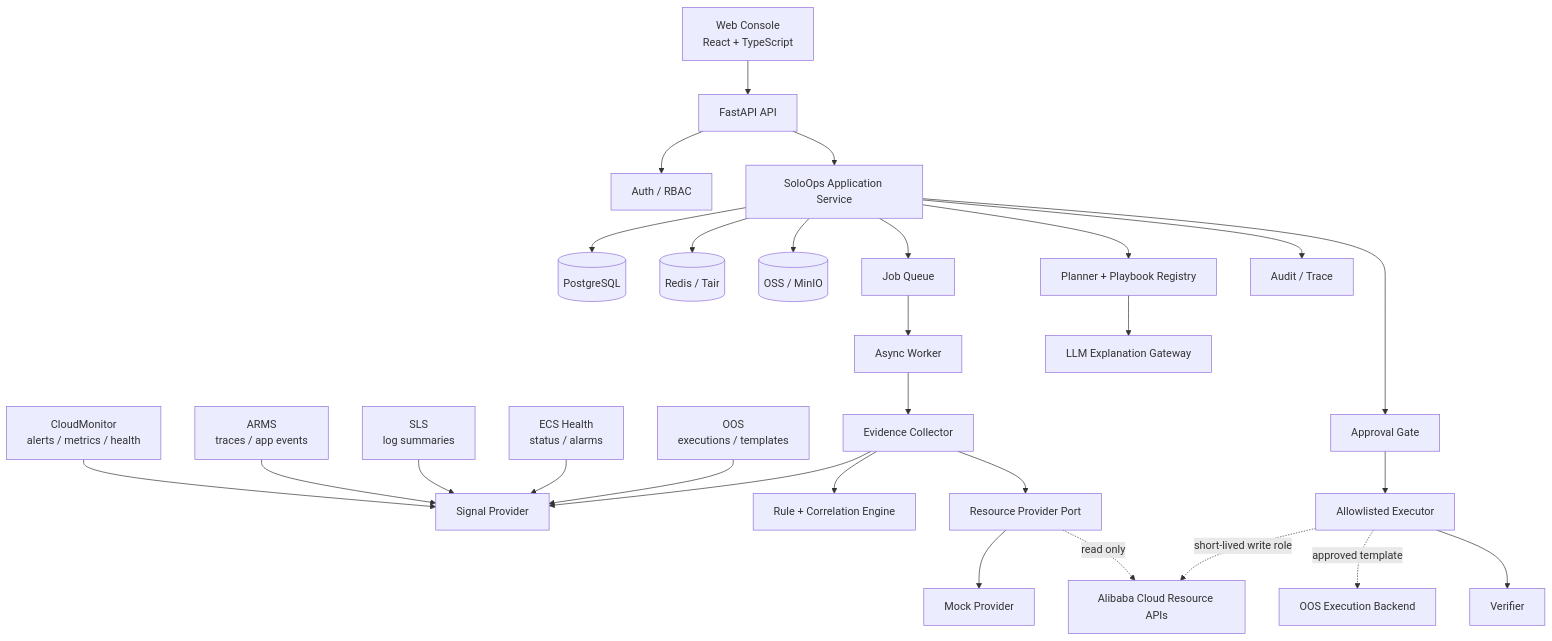
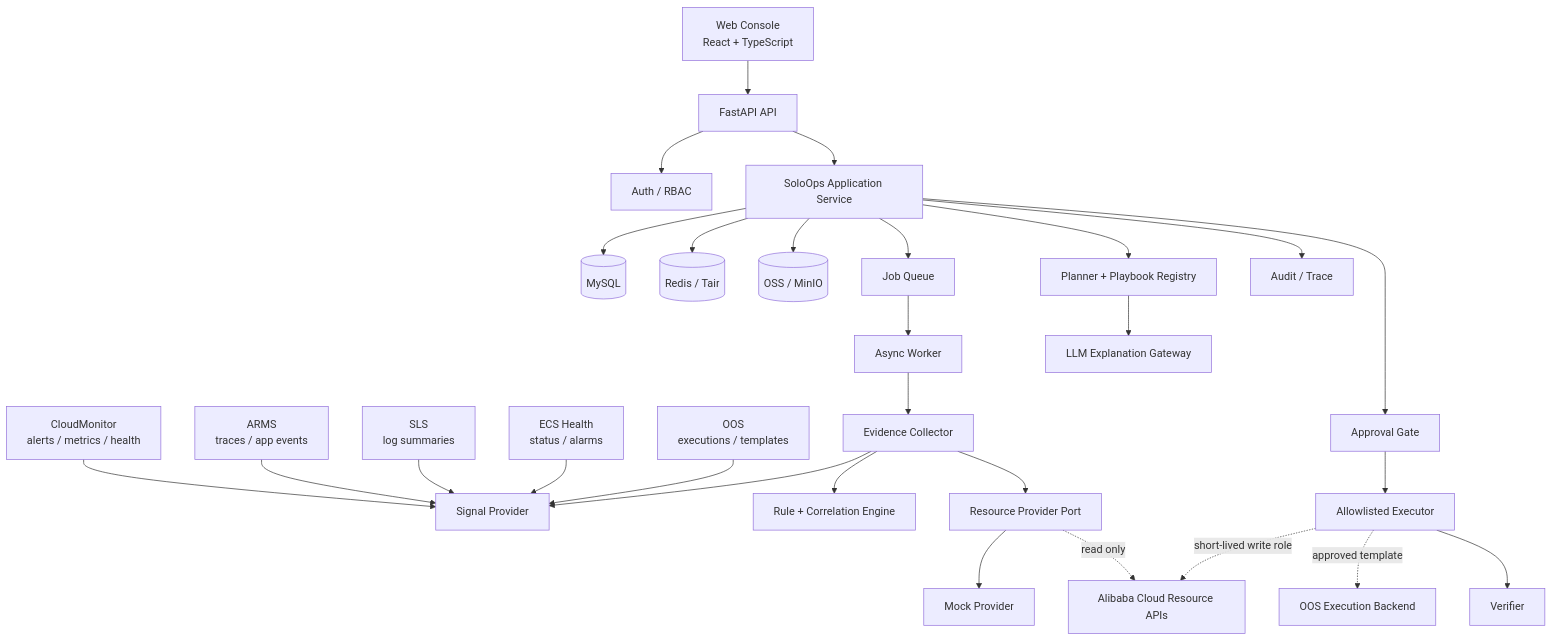
Before and after one commit to ChrisXiejq/SoloOps: the first of 4 diagrams in docs/02-architecture.md, drawn with Mermaid. The commit also changed other lines of this file and 22 other files, not shown here.

````diff
--- a/docs/02-architecture.md
+++ b/docs/02-architecture.md
@@ -14,30 +14,30 @@
 ```mermaid
 flowchart TB
   ACM["CloudMonitor\nalerts / metrics / health"] --> SIGNAL["Signal Provider"]
   ARMS["ARMS\ntraces / app events"] --> SIGNAL
   SLS["SLS\nlog summaries"] --> SIGNAL
   ECSH["ECS Health\nstatus / alarms"] --> SIGNAL
   OOSH["OOS\nexecutions / templates"] --> SIGNAL
   UI["Web Console\nReact + TypeScript"] --> API["FastAPI API"]
   API --> AUTH["Auth / RBAC"]
   API --> APP["SoloOps Application Service"]
-  APP --> PG[("PostgreSQL")]
+  APP --> DB[("MySQL")]
   APP --> REDIS[("Redis / Tair")]
   APP --> OBJ[("OSS / MinIO")]
   APP --> Q["Job Queue"]
   Q --> WORKER["Async Worker"]
   WORKER --> COLLECTOR["Evidence Collector"]
   COLLECTOR --> RULES["Rule + Correlation Engine"]
   COLLECTOR --> SIGNAL
   COLLECTOR --> PROVIDER["Resource Provider Port"]
   PROVIDER --> MOCK["Mock Provider"]
   PROVIDER -. read only .-> ALI["Alibaba Cloud Resource APIs"]
   APP --> PLANNER["Planner + Playbook Registry"]
   PLANNER --> LLM["LLM Explanation Gateway"]
   APP --> APPROVAL["Approval Gate"]
   APPROVAL --> EXEC["Allowlisted Executor"]
   EXEC -. short-lived write role .-> ALI
   EXEC -. approved template .-> OOS["OOS Execution Backend"]
   EXEC --> VERIFY["Verifier"]
   APP --> AUDIT["Audit / Trace"]
 ```
````
